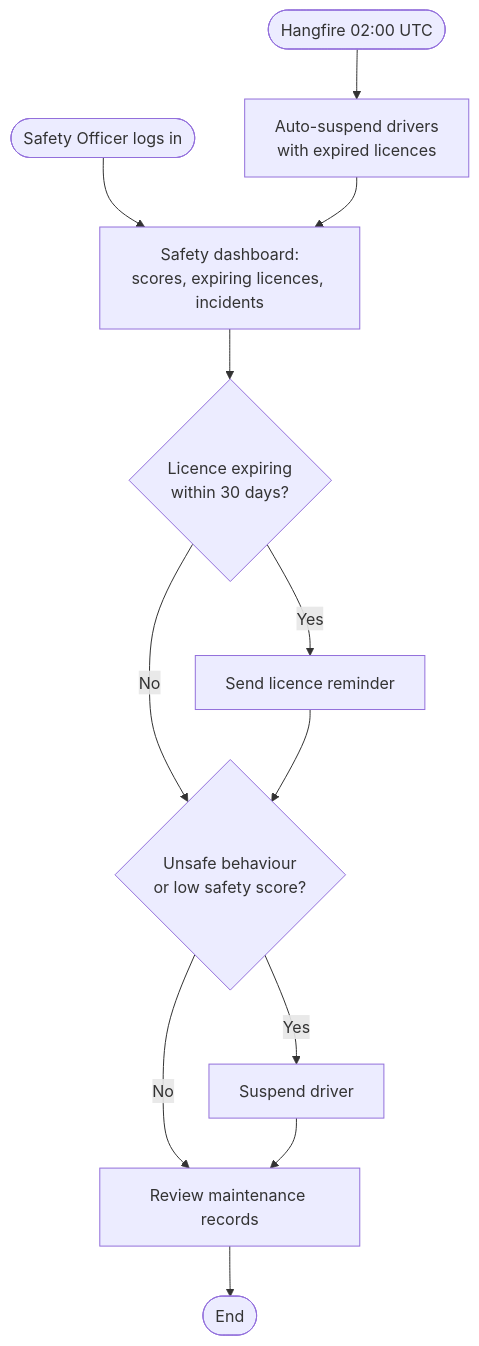
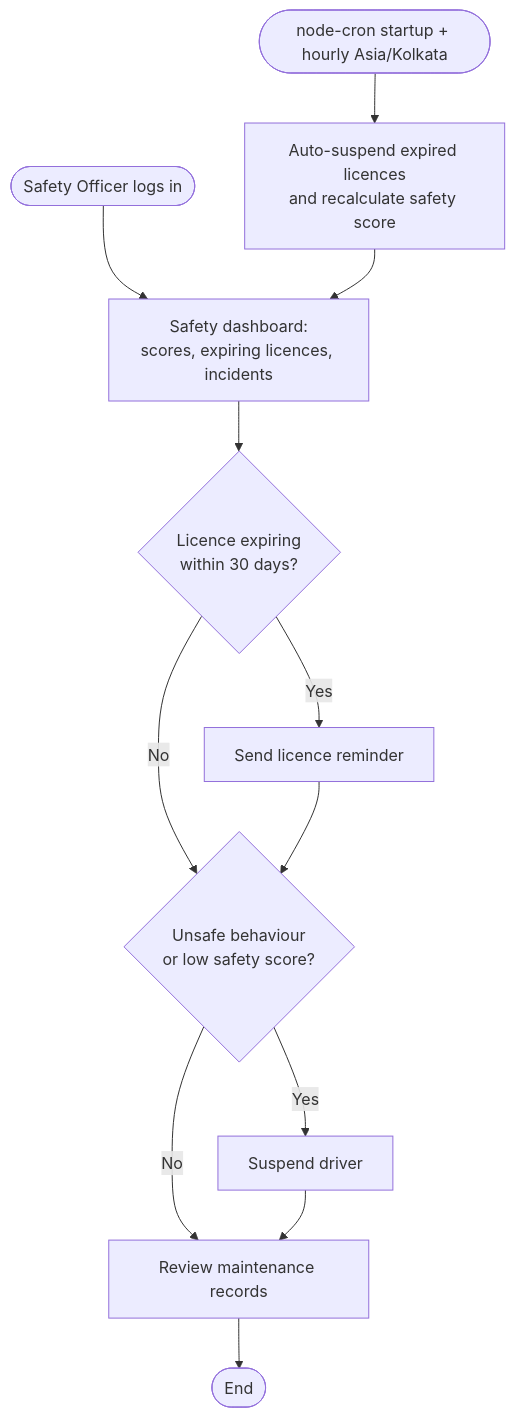
One commit to Bhavika-Giyanani/TransitOps changed the third of 3 diagrams in docs/uml/07-activity-diagrams.md. Above: the diagram before and after it, drawn with Mermaid. The commit also changed other lines of this file and 48 other files, not shown here.

````diff
--- a/docs/uml/07-activity-diagrams.md
+++ b/docs/uml/07-activity-diagrams.md
@@ -57,13 +57,13 @@
 ```mermaid
 flowchart TD
     S([Safety Officer logs in]) --> A[Safety dashboard:<br/>scores, expiring licences, incidents]
     A --> B{Licence expiring<br/>within 30 days?}
     B -- Yes --> C[Send licence reminder]
     B -- No --> D{Unsafe behaviour<br/>or low safety score?}
     C --> D
     D -- Yes --> E[Suspend driver]
     D -- No --> F[Review maintenance records]
     E --> F
     F --> G([End])
-    H([Hangfire 02:00 UTC]) --> I[Auto-suspend drivers<br/>with expired licences] --> A
+    H([node-cron startup + hourly Asia/Kolkata]) --> I[Auto-suspend expired licences<br/>and recalculate safety score] --> A
 ```
````
